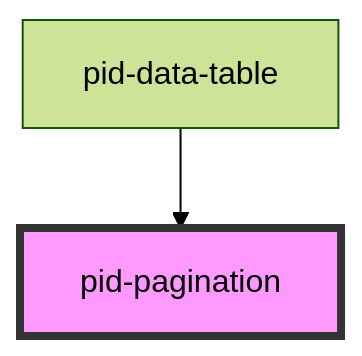
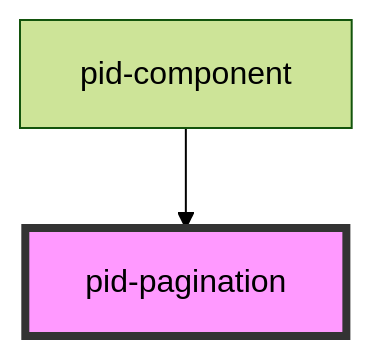
The diagram in packages/stencil-library/src/components/pid-pagination/readme.md (kit-data-manager/pid-component), drawn with Mermaid (forest theme) before and after one commit. The commit also changed other lines of this file and 14 other files, not shown here.

````diff
--- a/packages/stencil-library/src/components/pid-pagination/readme.md
+++ b/packages/stencil-library/src/components/pid-pagination/readme.md
@@ -29,5 +31,5 @@
 ```mermaid
 graph TD;
-  pid-data-table --> pid-pagination
+  pid-component --> pid-pagination
   style pid-pagination fill:#f9f,stroke:#333,stroke-width:4px
 ```
````
